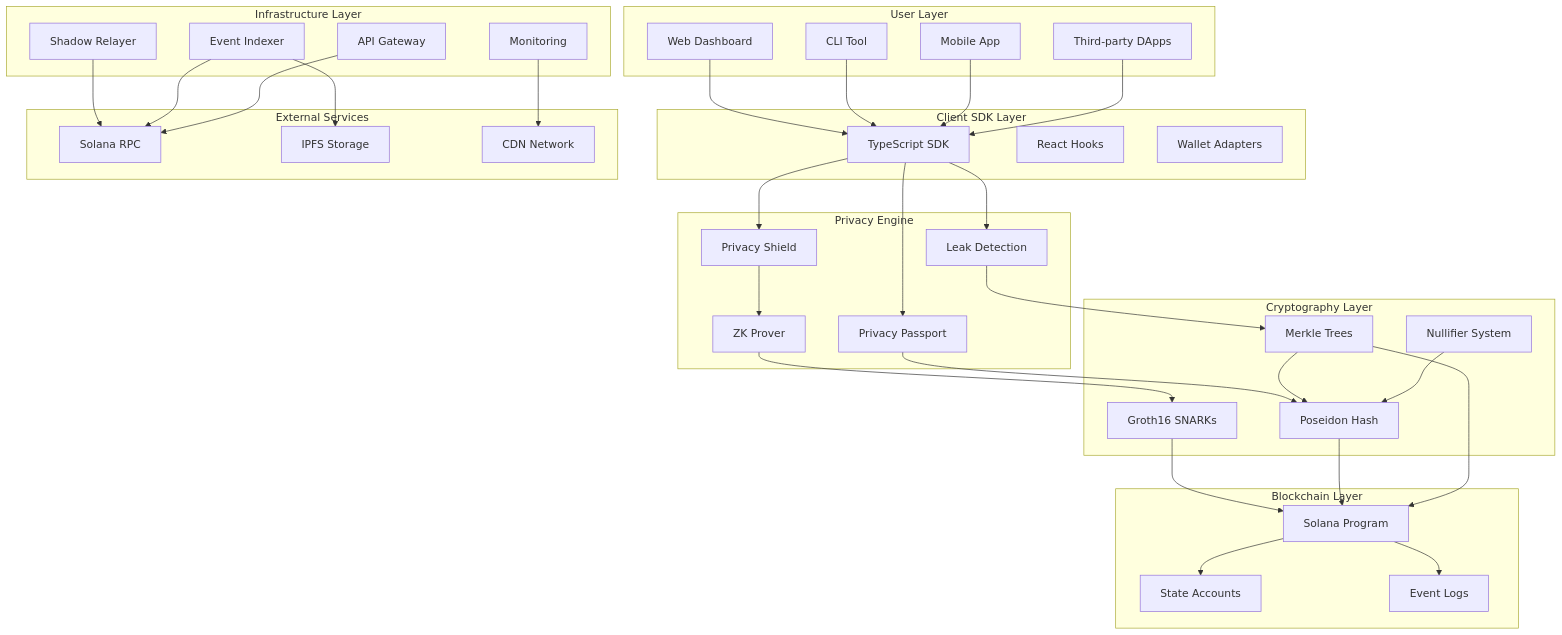
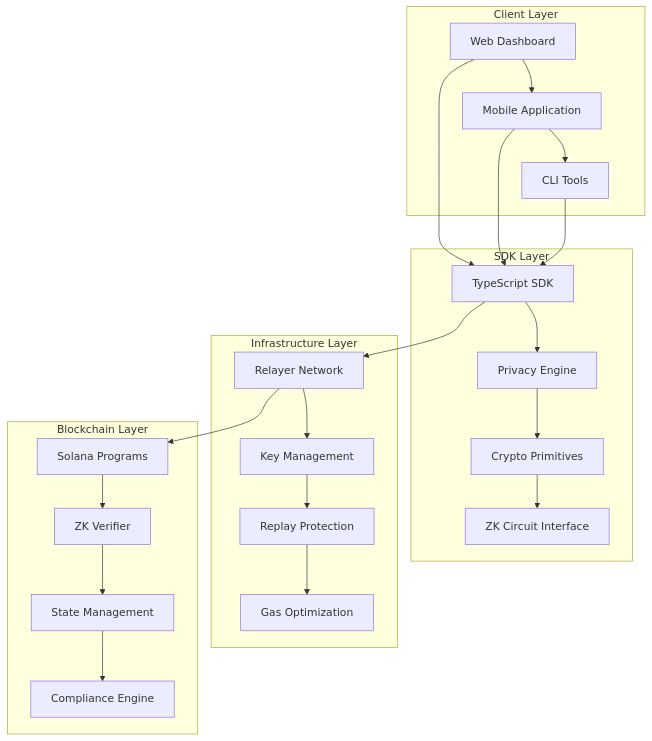
One commit to paseka10jaroslav-coder/SolVoid changed the first of 3 diagrams in docs/ARCHITECTURE.md. Above: the diagram before and after it, drawn with Mermaid. The commit also changed other lines of this file and 217 other files, not shown here.

First line of the commit message:
Add enterprise privacy protocol with working CLI and ZK circuits

````diff
--- a/docs/ARCHITECTURE.md
+++ b/docs/ARCHITECTURE.md
@@ -22,79 +9,31 @@
 ```mermaid
 graph TB
-    subgraph "User Layer"
-        WebApp[Web Dashboard]
-        CLI[CLI Tool]
-        Mobile[Mobile App]
-        DApps[Third-party DApps]
+    subgraph "Client Layer"
+        A[Web Dashboard] --> B[Mobile Application]
+        B --> C[CLI Tools]
     end
     
-    subgraph "Client SDK Layer"
-        TS_SDK[TypeScript SDK]
-        React_Hooks[React Hooks]
-        Wallet_Adapters[Wallet Adapters]
+    subgraph "SDK Layer"
+        D[TypeScript SDK] --> E[Privacy Engine]
+        E --> F[Crypto Primitives]
+        F --> G[ZK Circuit Interface]
     end
     
-    subgraph "Privacy Engine"
-        Shield[Privacy Shield]
-        Pipeline[Leak Detection]
-        Passport[Privacy Passport]
-        ZK_Prover[ZK Prover]
-    end
-    
-    subgraph "Cryptography Layer"
-        Poseidon[Poseidon Hash]
-        Merkle[Merkle Trees]
-        Groth16[Groth16 SNARKs]
-        Nullifiers[Nullifier System]
+    subgraph "Infrastructure Layer"
+        H[Relayer Network] --> I[Key Management]
+        I --> J[Replay Protection]
+        J --> K[Gas Optimization]
     end
     
     subgraph "Blockchain Layer"
-        Solana_Program[Solana Program]
-        State_Accounts[State Accounts]
-        Event_Logs[Event Logs]
+        L[Solana Programs] --> M[ZK Verifier]
+        M --> N[State Management]
+        N --> O[Compliance Engine]
     end
     
-    subgraph "Infrastructure Layer"
-        Relayer[Shadow Relayer]
-        Indexer[Event Indexer]
-        API_Gateway[API Gateway]
-        Monitor[Monitoring]
-    end
-    
-    subgraph "External Services"
-        Solana_RPC[Solana RPC]
-        IPFS[IPFS Storage]
-        CDNs[CDN Network]
-    end
-    
-    WebApp --> TS_SDK
-    CLI --> TS_SDK
-    Mobile --> TS_SDK
-    DApps --> TS_SDK
-    
-    TS_SDK --> Shield
-    TS_SDK --> Pipeline
-    TS_SDK --> Passport
-    
-    Shield --> ZK_Prover
-    Pipeline --> Merkle
-    Passport --> Poseidon
-    
-    ZK_Prover --> Groth16
-    Merkle --> Poseidon
-    Nullifiers --> Poseidon
-    
-    Solana_Program --> State_Accounts
-    Solana_Program --> Event_Logs
-    
-    Groth16 --> Solana_Program
-    Poseidon --> Solana_Program
-    Merkle --> Solana_Program
-    
-    Relayer --> Solana_RPC
-    Indexer --> Solana_RPC
-    API_Gateway --> Solana_RPC
-    
-    Indexer --> IPFS
-    Monitor --> CDNs
+    A --> D
+    B --> D
+    C --> D
+    D --> H
+    H --> L
 ```
````
